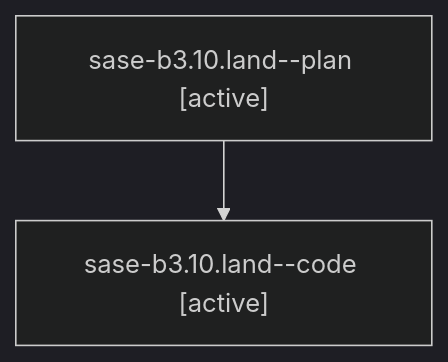
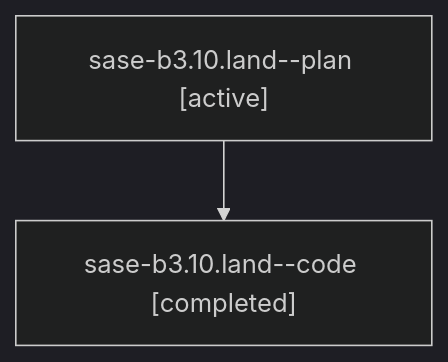
One commit to sase-org/sase--agents changed the diagram in families/bbugyi200.athena.sase-b3.10.land.md. Above: the diagram before and after it, drawn with Mermaid (dark theme). The commit also changed other lines of this file and 5813 other files, not shown here.

````diff
--- a/families/bbugyi200.athena.sase-b3.10.land.md
+++ b/families/bbugyi200.athena.sase-b3.10.land.md
@@ -9,6 +9,6 @@
 ```mermaid
 flowchart TD
   n0["sase-b3.10.land--plan [active]"]
-  n1["sase-b3.10.land--code [active]"]
+  n1["sase-b3.10.land--code [completed]"]
   n0 --> n1
 ```
````
